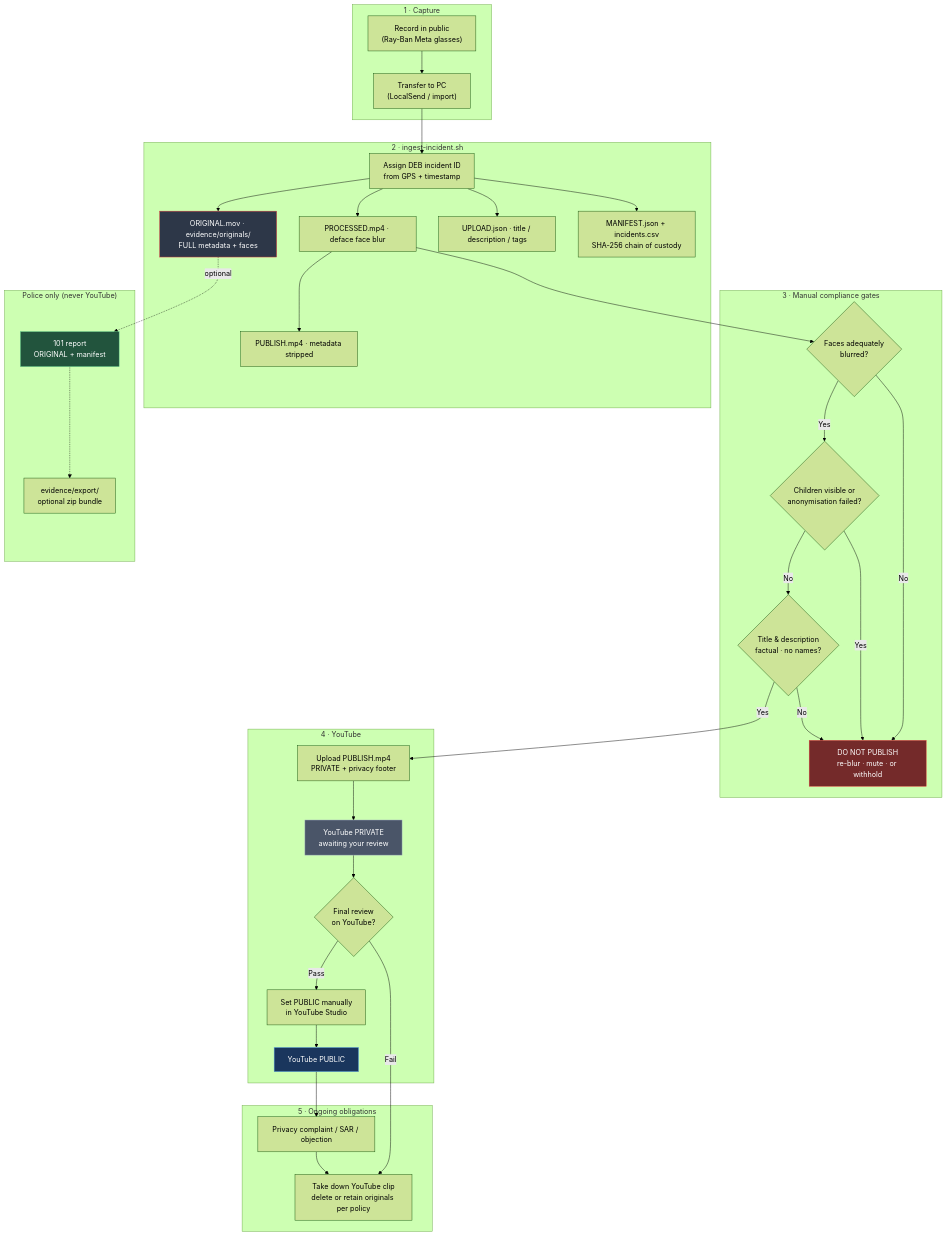
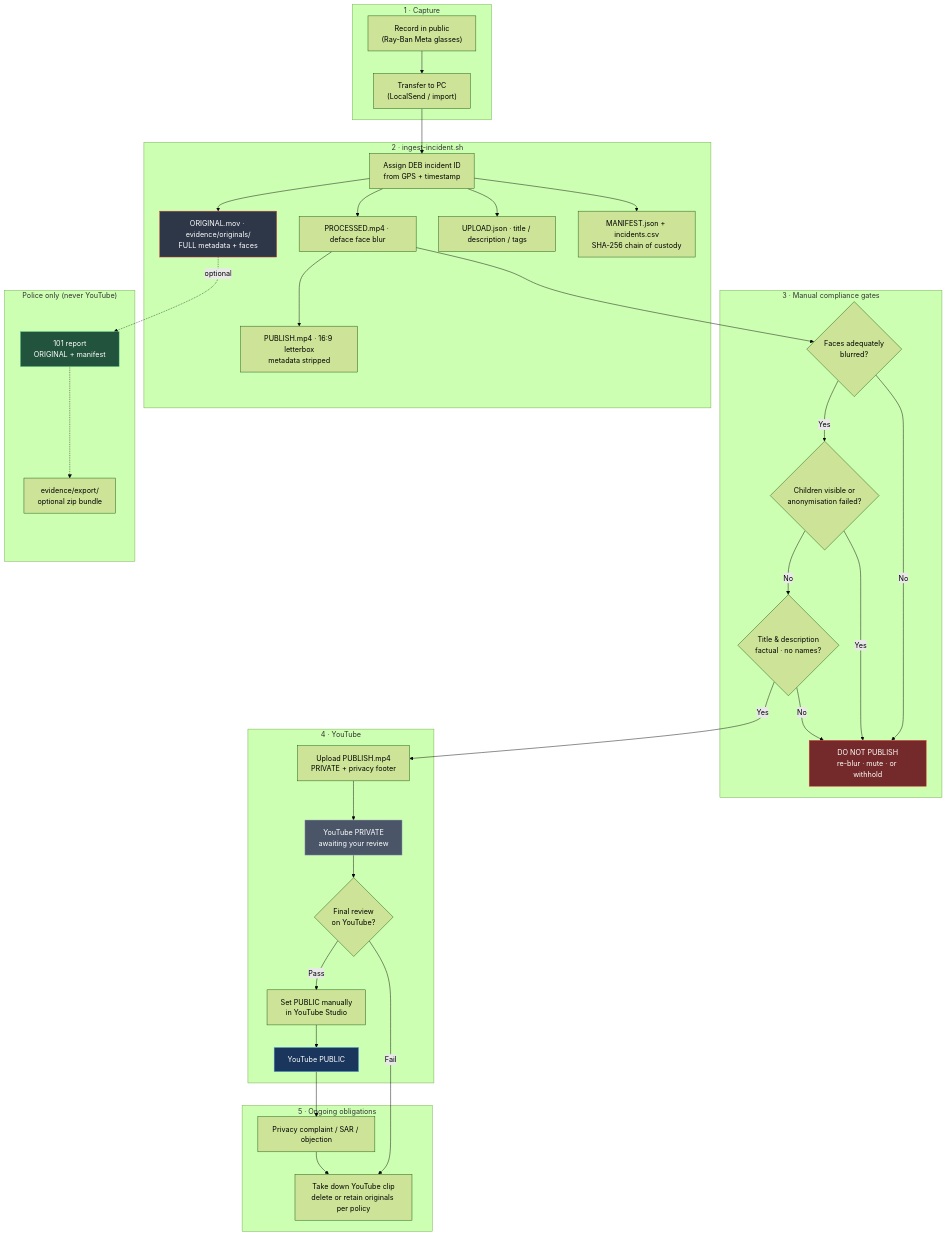
One commit to ajlennon/reckless-rides-uk changed the diagram in README.md. Above: the diagram before and after it, drawn with Mermaid (forest theme). The commit also changed other lines of this file and 17 other files, not shown here.

````diff
--- a/README.md
+++ b/README.md
@@ -25,66 +25,66 @@
 ```mermaid
 flowchart TD
     subgraph capture ["1 · Capture"]
         A["Record in public<br/>(Ray-Ban Meta glasses)"]
         B["Transfer to PC<br/>(LocalSend / import)"]
     end
 
     subgraph ingest ["2 · ingest-incident.sh"]
         C["Assign DEB incident ID<br/>from GPS + timestamp"]
         D["ORIGINAL.mov · evidence/originals/<br/>FULL metadata + faces"]
         E["PROCESSED.mp4 · deface face blur"]
-        F["PUBLISH.mp4 · metadata stripped"]
+        F["PUBLISH.mp4 · 16:9 letterbox<br/>metadata stripped"]
         G["UPLOAD.json · title / description / tags"]
         H["MANIFEST.json + incidents.csv<br/>SHA-256 chain of custody"]
     end
 
     subgraph gates ["3 · Manual compliance gates"]
         I{"Faces adequately<br/>blurred?"}
         J{"Children visible or<br/>anonymisation failed?"}
         K{"Title & description<br/>factual · no names?"}
         Q["DO NOT PUBLISH<br/>re-blur · mute · or withhold"]
     end
 
     subgraph publish ["4 · YouTube"]
         L["Upload PUBLISH.mp4<br/>PRIVATE + privacy footer"]
         M["YouTube PRIVATE<br/>awaiting your review"]
         S{"Final review<br/>on YouTube?"}
         T["Set PUBLIC manually<br/>in YouTube Studio"]
         U["YouTube PUBLIC"]
     end
 
     subgraph police ["Police only (never YouTube)"]
         N["101 report<br/>ORIGINAL + manifest"]
         O["evidence/export/<br/>optional zip bundle"]
     end
 
     subgraph ongoing ["5 · Ongoing obligations"]
         P["Privacy complaint / SAR / objection"]
         R["Take down YouTube clip<br/>delete or retain originals per policy"]
     end
 
     A --> B --> C
     C --> D
     C --> E --> F
     C --> G
     C --> H
     E --> I
     I -->|No| Q
     I -->|Yes| J
     J -->|Yes| Q
     J -->|No| K
     K -->|No| Q
     K -->|Yes| L --> M
     M --> S
     S -->|Fail| R
     S -->|Pass| T --> U
     D -.->|optional| N
     N -.-> O
     U --> P --> R
 
     style D fill:#2d3748,stroke:#e53e3e,color:#fff
     style Q fill:#742a2a,stroke:#e53e3e,color:#fff
     style M fill:#4a5568,stroke:#a0aec0,color:#fff
     style U fill:#1a365d,stroke:#63b3ed,color:#fff
     style N fill:#22543d,stroke:#68d391,color:#fff
 ```
````
